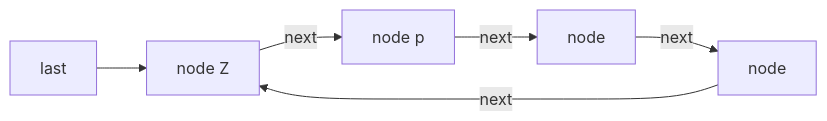
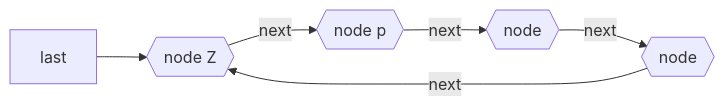
Before and after one commit to ChrisW-priv/PersonalVault: the diagram in zettelkasten/Circular Singly Linked List.md, drawn with Mermaid. The commit also changed 3 other files, not shown here.

````diff
--- a/zettelkasten/Circular Singly Linked List.md
+++ b/zettelkasten/Circular Singly Linked List.md
@@ -6,4 +6,4 @@
 ```mermaid
 graph LR
-    last-->B[node Z] -->|next| C[node p] -->|next| D[node] -->|next| E[node] -->|next| B
+    last-->B{{node Z}} -->|next| C{{node p}} -->|next| D{{node}} -->|next| E{{node}} -->|next| B
 ```
````
